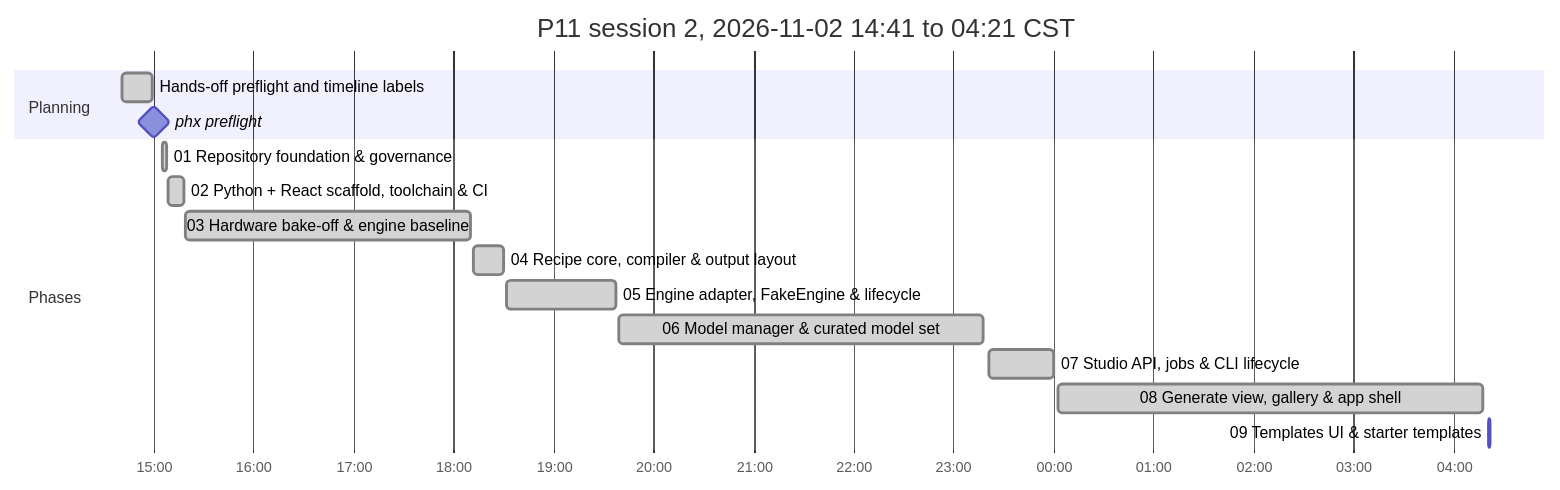
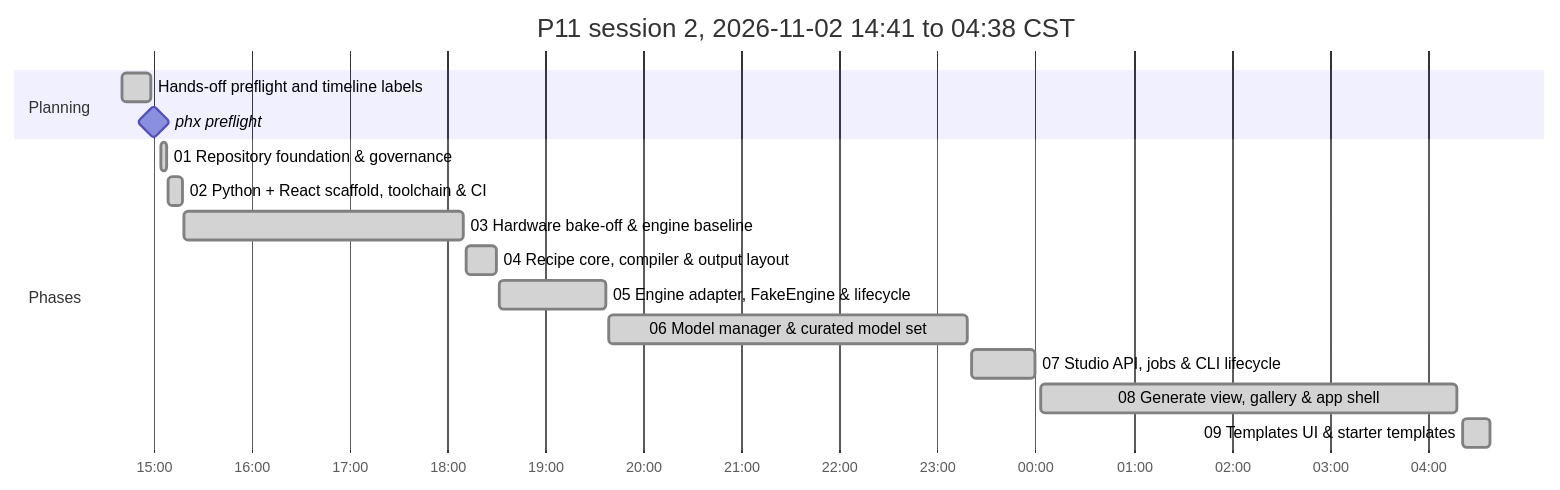
The second of 2 diagrams in P11_IMPLEMENTATION_PLAN.md (antonizick/project1111), drawn with Mermaid before and after one commit. The commit also changed other lines of this file and 1 other file, not shown here.

Commit message:
docs(plan): refresh timeline

````diff
--- a/P11_IMPLEMENTATION_PLAN.md
+++ b/P11_IMPLEMENTATION_PLAN.md
@@ -74,19 +74,19 @@
 ```mermaid
 gantt
-    title P11 session 2, 2026-11-02 14:41 to 04:21 CST
+    title P11 session 2, 2026-11-02 14:41 to 04:38 CST
     dateFormat YYYY-MM-DD HH:mm
     axisFormat %H:%M
     section Planning
     Hands-off preflight and timeline labels :done, plan3, 2026-11-02 14:41, 2026-11-02 14:59
     phx preflight :milestone, pf13ee0d5, 2026-11-02 15:00, 0m
     section Phases
     01 Repository foundation & governance :done, p01s2, 2026-11-02 15:05, 2026-11-02 15:08
     02 Python + React scaffold, toolchain & CI :done, p02s2, 2026-11-02 15:09, 2026-11-02 15:18
     03 Hardware bake-off & engine baseline :done, p03s2, 2026-11-02 15:19, 2026-11-02 18:10
     04 Recipe core, compiler & output layout :done, p04s2, 2026-11-02 18:12, 2026-11-02 18:30
     05 Engine adapter, FakeEngine & lifecycle :done, p05s2, 2026-11-02 18:32, 2026-11-02 19:37
     06 Model manager & curated model set :done, p06s2, 2026-11-02 19:39, 2026-11-02 23:18
     07 Studio API, jobs & CLI lifecycle :done, p07s2, 2026-11-02 23:21, 2026-11-03 00:00
     08 Generate view, gallery & app shell :done, p08s2, 2026-11-03 00:03, 2026-11-03 04:18
-    09 Templates UI & starter templates :active, p09s2, 2026-11-03 04:21, 2026-11-03 04:22
+    09 Templates UI & starter templates :done, p09s2, 2026-11-03 04:21, 2026-11-03 04:38
 ```
````
